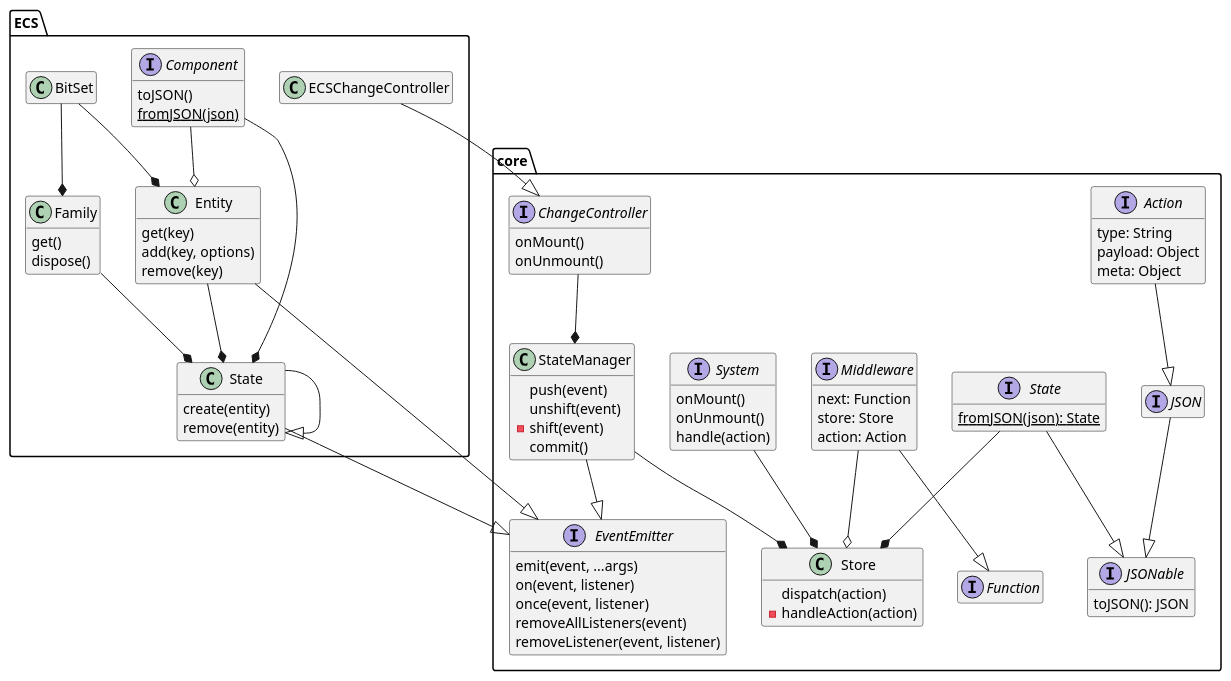
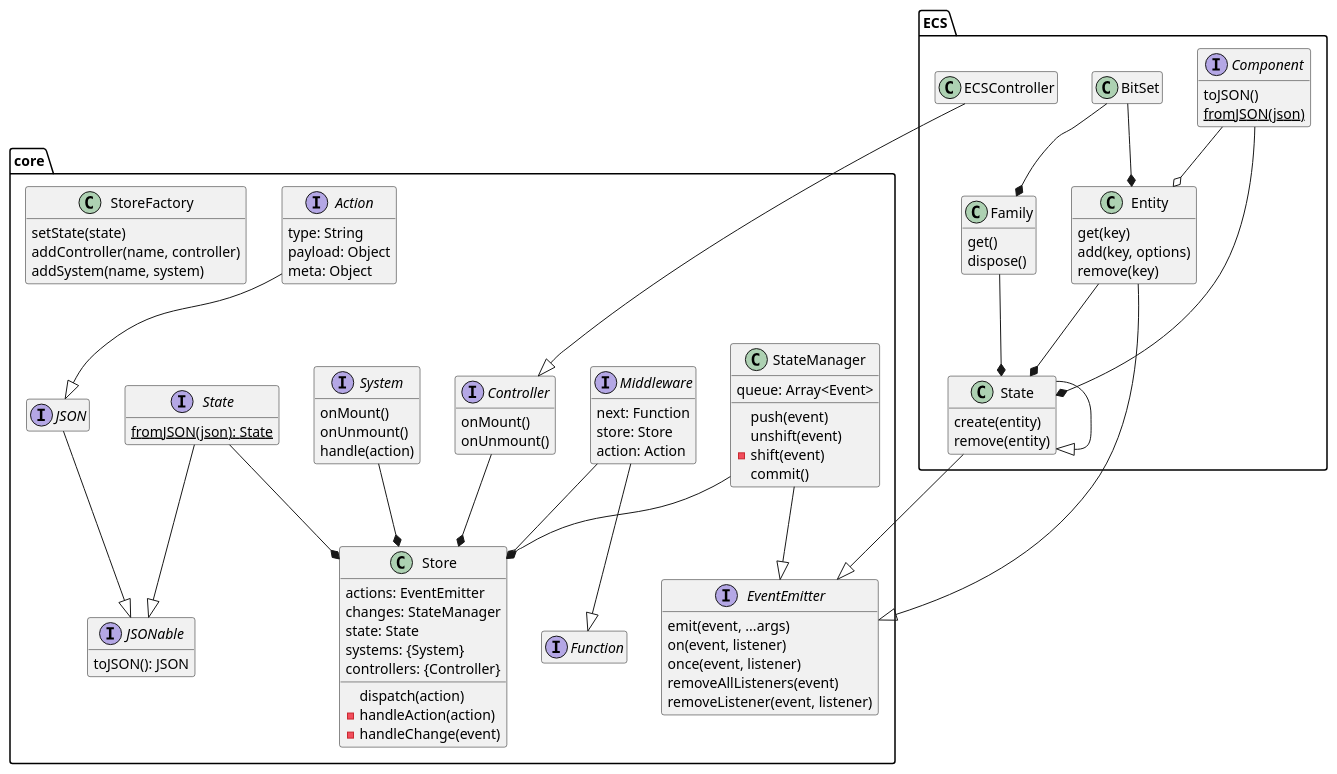
One commit to yoo2001818/ecsalator changed the diagram in doc/class.puml. Above: the diagram before and after it, drawn with PlantUML. The commit also changed 1 other file, not shown here.

Commit message:
Add detailed class diagram

```diff
--- a/doc/class.puml
+++ b/doc/class.puml
@@ -1,115 +1,128 @@
 @startuml
 
 hide empty fields
 hide empty methods
 
 package core {
 
   interface Action {
     type: String
     payload: Object
     meta: Object
   }
 
   interface JSON
   interface JSONable {
     toJSON(): JSON
   }
   Action --|> JSON
   JSON --|> JSONable
 
   interface Function {
   }
 
   interface EventEmitter {
     emit(event, ...args)
     on(event, listener)
     once(event, listener)
     removeAllListeners(event)
     removeListener(event, listener)
   }
 
   interface Middleware {
     next: Function
     store: Store
     action: Action
   }
   Middleware --|> Function
 
   interface System {
     onMount()
     onUnmount()
     handle(action)
   }
 
   class StateManager {
+    queue: Array<Event>
     push(event)
     unshift(event)
     -shift(event)
     commit()
   }
   StateManager --|> EventEmitter
 
-  interface ChangeController {
+  interface Controller {
     onMount()
     onUnmount()
   }
-  ChangeController --* StateManager
 
   interface State {
     {static} fromJSON(json): State
   }
   State --|> JSONable
 
   class Store {
+    actions: EventEmitter
+    changes: StateManager
+    state: State
+    systems: {System}
+    controllers: {Controller}
     dispatch(action)
     -handleAction(action)
+    -handleChange(event)
   }
   Middleware --o Store
   StateManager --* Store
   System --* Store
   State --* Store
+  Controller --* Store
+
+  class StoreFactory {
+    setState(state)
+    addController(name, controller)
+    addSystem(name, system)
+  }
 
 }
 
 package ECS {
   class ECS.State {
     create(entity)
     remove(entity)
   }
   ECS.State ---|> State
   ECS.State --|> EventEmitter
 
   interface Component {
     toJSON()
     {static} fromJSON(json)
   }
   Component --* ECS.State
 
   class BitSet {
   }
 
   class Entity {
     get(key)
     add(key, options)
     remove(key)
   }
   Entity --* ECS.State
   Component --o Entity
   Entity --|> EventEmitter
   BitSet --* Entity
 
   class Family {
     get()
     dispose()
   }
   Family --* ECS.State
   BitSet --* Family
 
-  class ECSChangeController {
+  class ECSController {
   }
-  ECSChangeController --|> ChangeController
+  ECSController --|> Controller
 
 }
 
 @enduml
```
